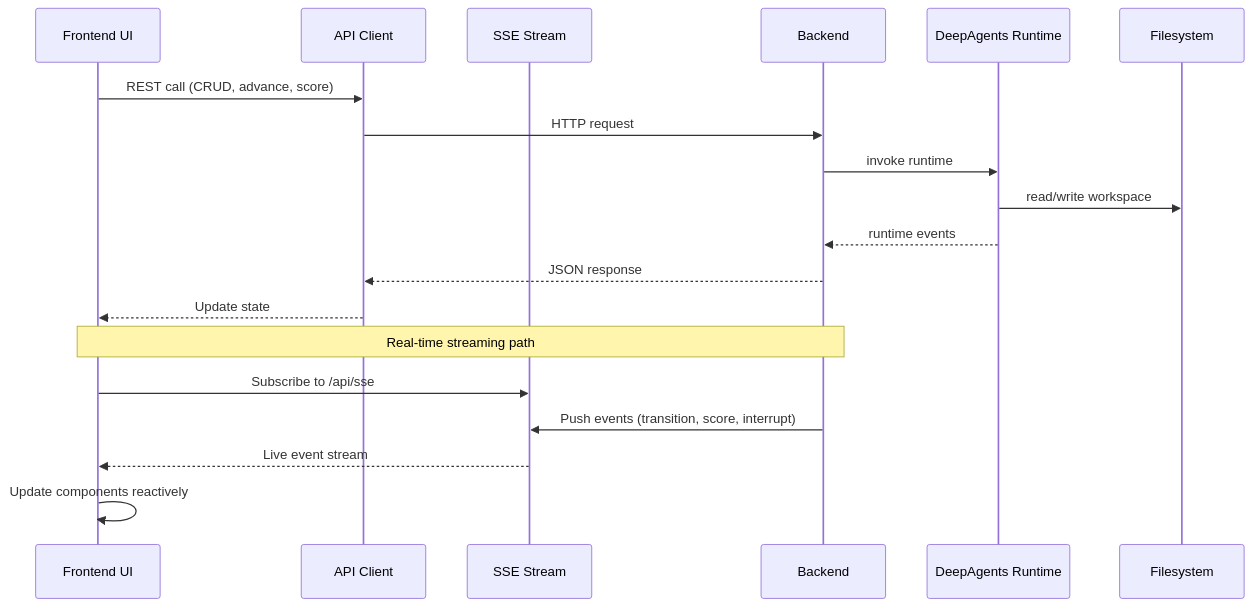
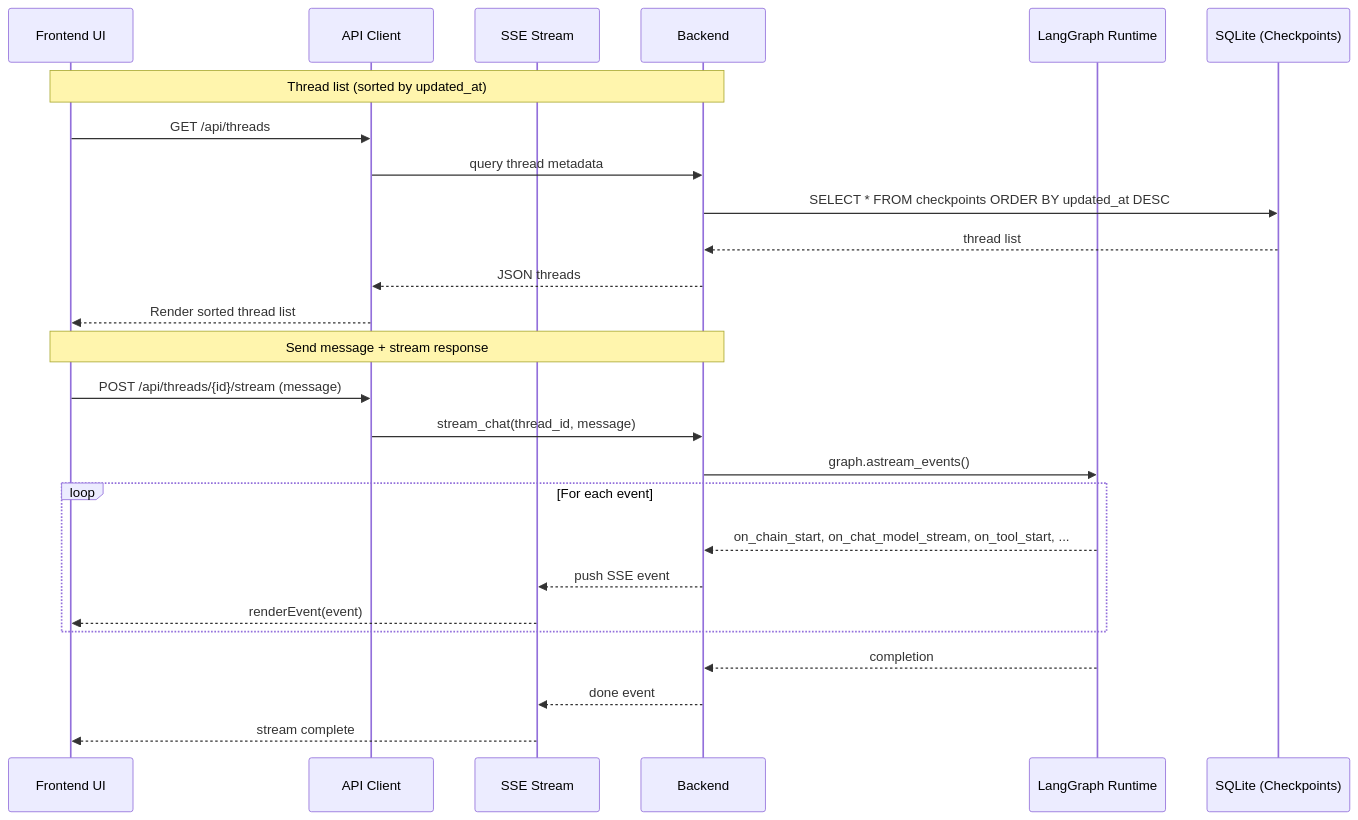
The second of 2 diagrams in docs/architecture.md (azharameen/group-run), drawn with Mermaid before and after one commit. The commit also changed other lines of this file and 2199 other files, not shown here.

````diff
--- a/docs/architecture.md
+++ b/docs/architecture.md
@@ -451,23 +407,30 @@
 ```mermaid
 sequenceDiagram
     participant UI as Frontend UI
     participant API as API Client
     participant SSE as SSE Stream
     participant BE as Backend
-    participant RT as DeepAgents Runtime
-    participant FS as Filesystem
+    participant G as LangGraph Runtime
+    participant DB as SQLite (Checkpoints)
 
-    UI->>API: REST call (CRUD, advance, score)
-    API->>BE: HTTP request
-    BE->>RT: invoke runtime
-    RT->>FS: read/write workspace
-    RT-->>BE: runtime events
-    BE-->>API: JSON response
-    API-->>UI: Update state
+    Note over UI,BE: Thread list (sorted by updated_at)
+    UI->>API: GET /api/threads
+    API->>BE: query thread metadata
+    BE->>DB: SELECT * FROM checkpoints ORDER BY updated_at DESC
+    DB-->>BE: thread list
+    BE-->>API: JSON threads
+    API-->>UI: Render sorted thread list
 
-    Note over UI,BE: Real-time streaming path
-    UI->>SSE: Subscribe to /api/sse
-    BE->>SSE: Push events (transition, score, interrupt)
-    SSE-->>UI: Live event stream
-    UI->>UI: Update components reactively
+    Note over UI,BE: Send message + stream response
+    UI->>API: POST /api/threads/{id}/stream (message)
+    API->>BE: stream_chat(thread_id, message)
+    BE->>G: graph.astream_events()
+    loop For each event
+        G-->>BE: on_chain_start, on_chat_model_stream, on_tool_start, ...
+        BE-->>SSE: push SSE event
+        SSE-->>UI: renderEvent(event)
+    end
+    G-->>BE: completion
+    BE-->>SSE: done event
+    SSE-->>UI: stream complete
 ```
````
